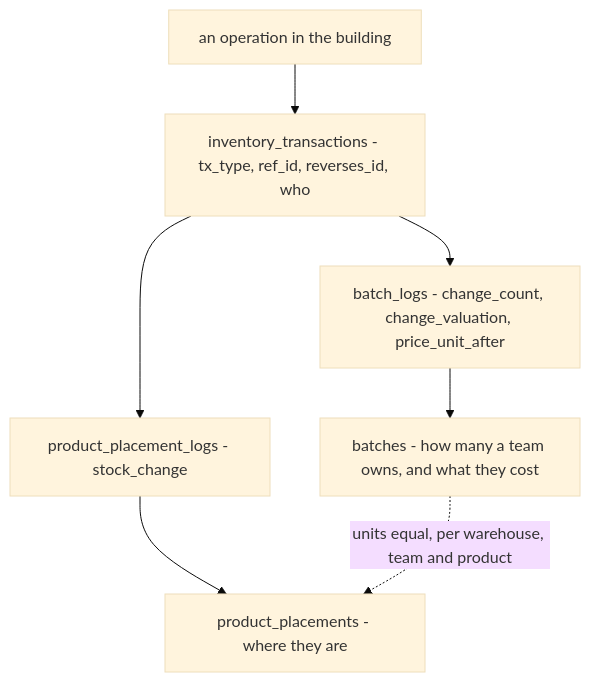
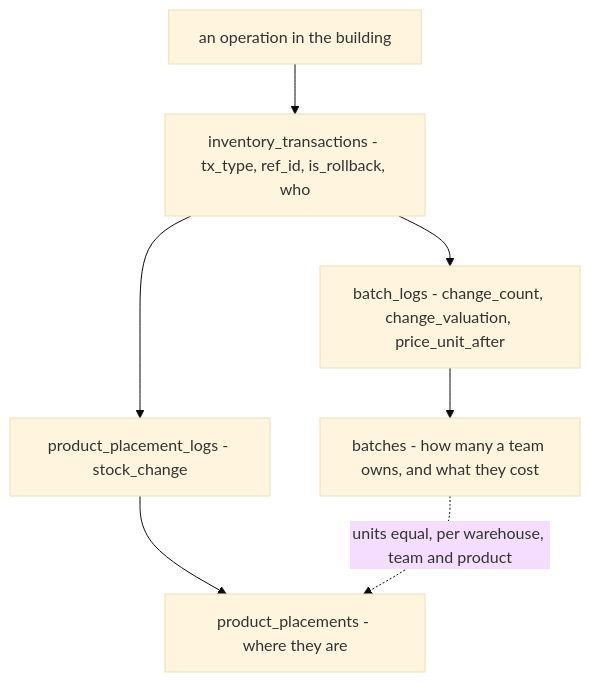
Before and after one commit to pdcgo/warehouse_revamp: the first of 9 diagrams in docs/business/inventory/context_clarify.md, drawn with Mermaid (base theme). The commit also changed other lines of this file and 10 other files, not shown here.

````diff
--- a/docs/business/inventory/context_clarify.md
+++ b/docs/business/inventory/context_clarify.md
@@ -94,9 +116,9 @@
 ```mermaid
 flowchart TB
-  A["an operation in the building"] --> T["inventory_transactions - tx_type, ref_id, reverses_id, who"]
+  A["an operation in the building"] --> T["inventory_transactions - tx_type, ref_id, is_rollback, who"]
   T --> BL["batch_logs - change_count, change_valuation, price_unit_after"]
   T --> PL["product_placement_logs - stock_change"]
   BL --> B["batches - how many a team owns, and what they cost"]
   PL --> P["product_placements - where they are"]
   B -.->|"units equal, per warehouse, team and product"| P
 ```
````
